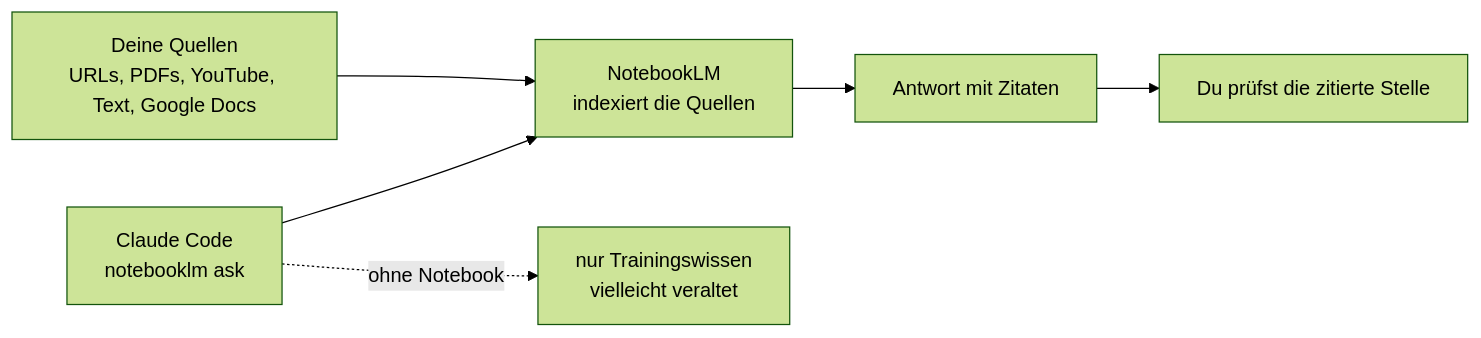
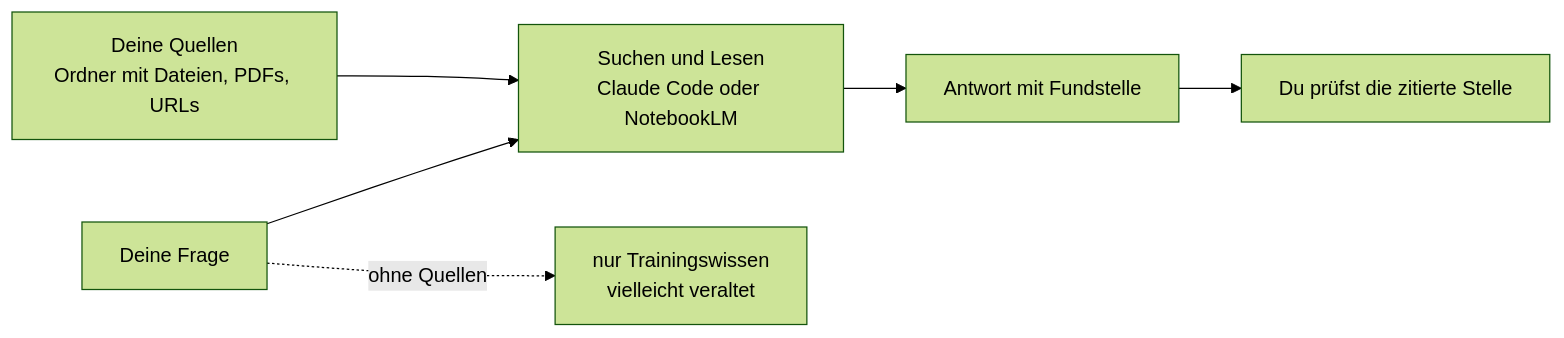
One commit to dynamic-dome/dynamic-workshop changed the diagram in resources/library/s2-18-rag-und-notebooklm.md. Above: the diagram before and after it, drawn with Mermaid (forest theme). The commit also changed other lines of this file, not shown here.

````diff
--- a/resources/library/s2-18-rag-und-notebooklm.md
+++ b/resources/library/s2-18-rag-und-notebooklm.md
@@ -45,8 +45,8 @@
 ```mermaid
 flowchart LR
-  S["Deine Quellen<br/>URLs, PDFs, YouTube, Text, Google Docs"] --> N["NotebookLM<br/>indexiert die Quellen"]
-  C["Claude Code<br/>notebooklm ask"] --> N
-  N --> A["Antwort mit Zitaten"]
+  S["Deine Quellen<br/>Ordner mit Dateien, PDFs, URLs"] --> R["Suchen und Lesen<br/>Claude Code oder NotebookLM"]
+  Q["Deine Frage"] --> R
+  R --> A["Antwort mit Fundstelle"]
   A --> P["Du prüfst die zitierte Stelle"]
-  C -. "ohne Notebook" .-> T["nur Trainingswissen<br/>vielleicht veraltet"]
+  Q -. "ohne Quellen" .-> T["nur Trainingswissen<br/>vielleicht veraltet"]
 ```
````
